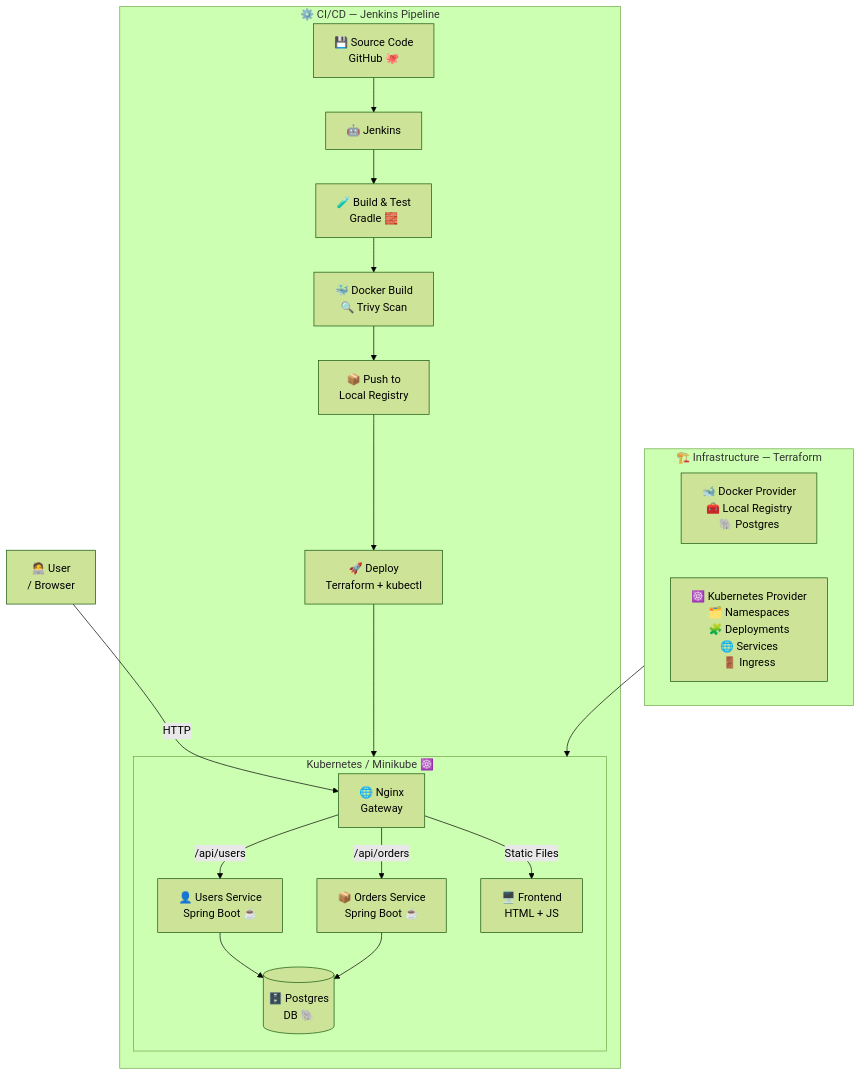
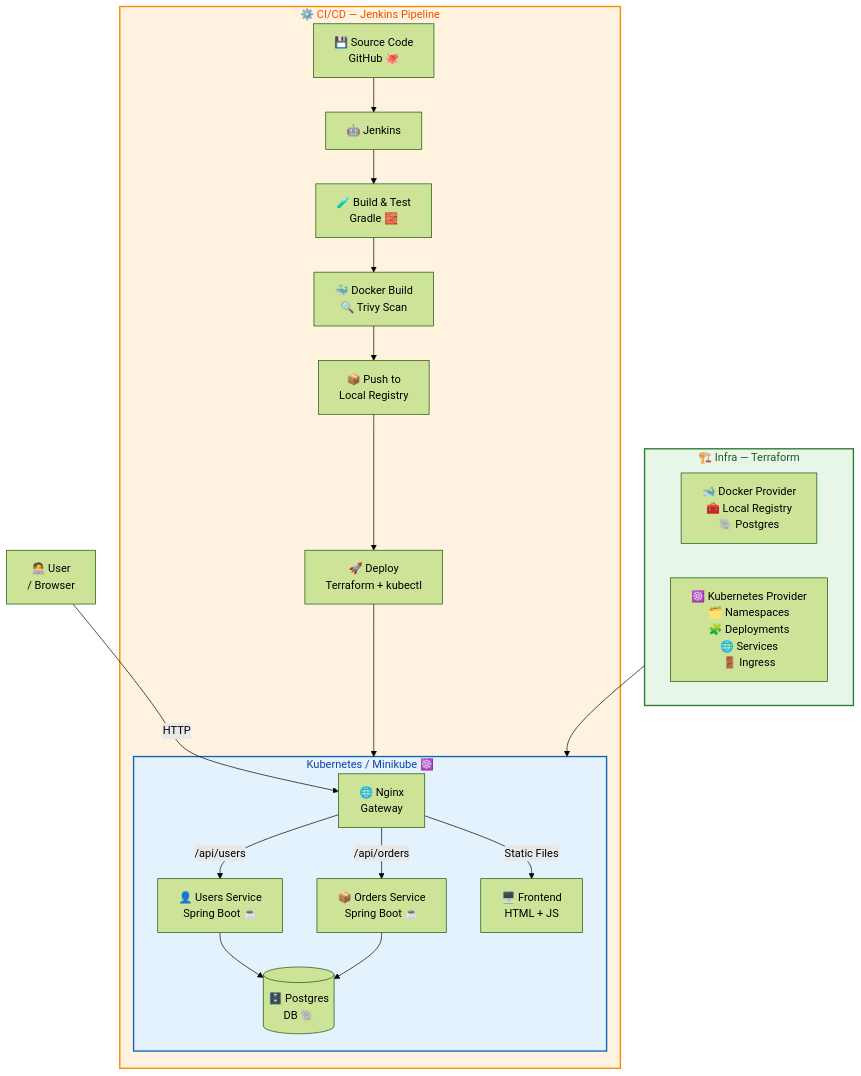
Before and after one commit to VaibhavPithadiya/micro-ops-hub: the diagram in docs/architecture.md, drawn with Mermaid (forest theme).

Commit message:
Final Update architecture.md

````diff
--- a/docs/architecture.md
+++ b/docs/architecture.md
@@ -5,28 +5,38 @@
 ```mermaid
 graph TD
+    %% Users access the system
     A[🧑‍💻 User<br>/ Browser] -->|HTTP| B[🌐 Nginx<br>Gateway]
 
+    %% Kubernetes Cluster
     subgraph Cluster[Kubernetes / Minikube ☸️]
         B -->|/api/users| C[👤 Users Service<br>Spring Boot ☕]
         B -->|/api/orders| D[📦 Orders Service<br>Spring Boot ☕]
         B -->|Static Files| E[🖥️ Frontend<br>HTML + JS]
         C --> F[(🗄️ Postgres<br>DB 🐘)]
         D --> F
     end
 
+    %% CI/CD Pipeline
     subgraph CI_CD[⚙️ CI/CD — Jenkins Pipeline]
         G[💾 Source Code<br>GitHub 🐙] --> H[🤖 Jenkins]
         H --> I[🧪 Build & Test<br>Gradle 🧱]
         I --> J[🐳 Docker Build<br>🔍 Trivy Scan]
         J --> K[📦 Push to<br>Local Registry]
         K --> L[🚀 Deploy<br>Terraform + kubectl]
         L --> Cluster
     end
 
-    subgraph Infra[🏗️ Infrastructure — Terraform]
+    %% Infrastructure
+    subgraph Infra[🏗️ Infra — Terraform]
         M[🐋 Docker Provider<br>🧰 Local Registry<br>🐘 Postgres]
         N[☸️ Kubernetes Provider<br>🗂️ Namespaces<br>🧩 Deployments<br>🌐 Services<br>🚪 Ingress]
     end
 
     Infra --> Cluster
+
+    %% Styling for Mermaid v10+ (width, height, colors)
+    style Cluster fill:#E3F2FD,stroke:#1565C0,stroke-width:2px,color:#0D47A1
+    style CI_CD fill:#FFF3E0,stroke:#FB8C00,stroke-width:2px,color:#E65100
+    style Infra fill:#E8F5E9,stroke:#2E7D32,stroke-width:2px,color:#1B5E20
+
 ```
````
